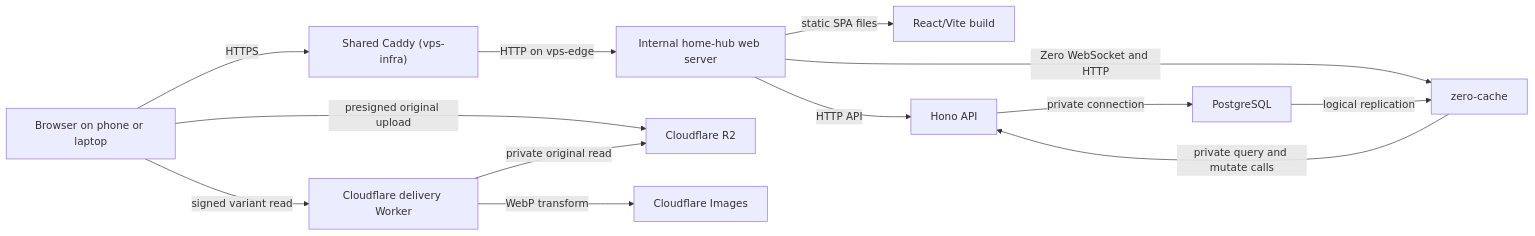
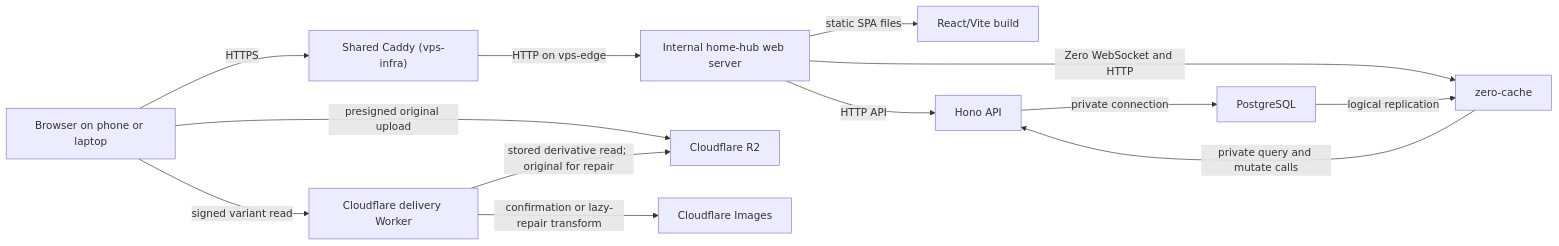
Before and after one commit to arturchichorro/home-hub: the second of 2 diagrams in docs/architecture.md, drawn with Mermaid. The commit also changed other lines of this file and 16 other files, not shown here.

````diff
--- a/docs/architecture.md
+++ b/docs/architecture.md
@@ -266,15 +273,15 @@
 ```mermaid
 flowchart LR
   Client["Browser on phone or laptop"] -->|"HTTPS"| Ingress["Shared Caddy (vps-infra)"]
   Ingress -->|"HTTP on vps-edge"| Caddy["Internal home-hub web server"]
   Caddy -->|"static SPA files"| Web["React/Vite build"]
   Caddy -->|"HTTP API"| API["Hono API"]
   Caddy -->|"Zero WebSocket and HTTP"| Zero["zero-cache"]
   Zero -->|"private query and mutate calls"| API
   API -->|"private connection"| PG["PostgreSQL"]
   PG -->|"logical replication"| Zero
   Client -->|"presigned original upload"| R2["Cloudflare R2"]
   Client -->|"signed variant read"| Edge["Cloudflare delivery Worker"]
-  Edge -->|"private original read"| R2
-  Edge -->|"WebP transform"| Images["Cloudflare Images"]
+  Edge -->|"stored derivative read; original for repair"| R2
+  Edge -->|"confirmation or lazy-repair transform"| Images["Cloudflare Images"]
 ```
````
